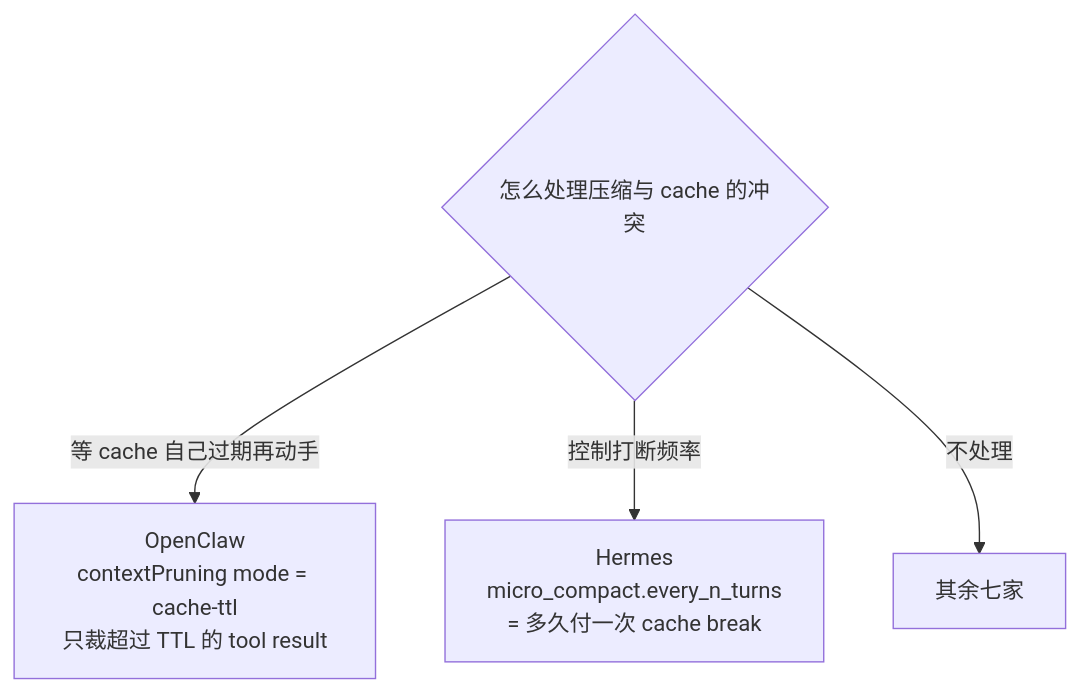
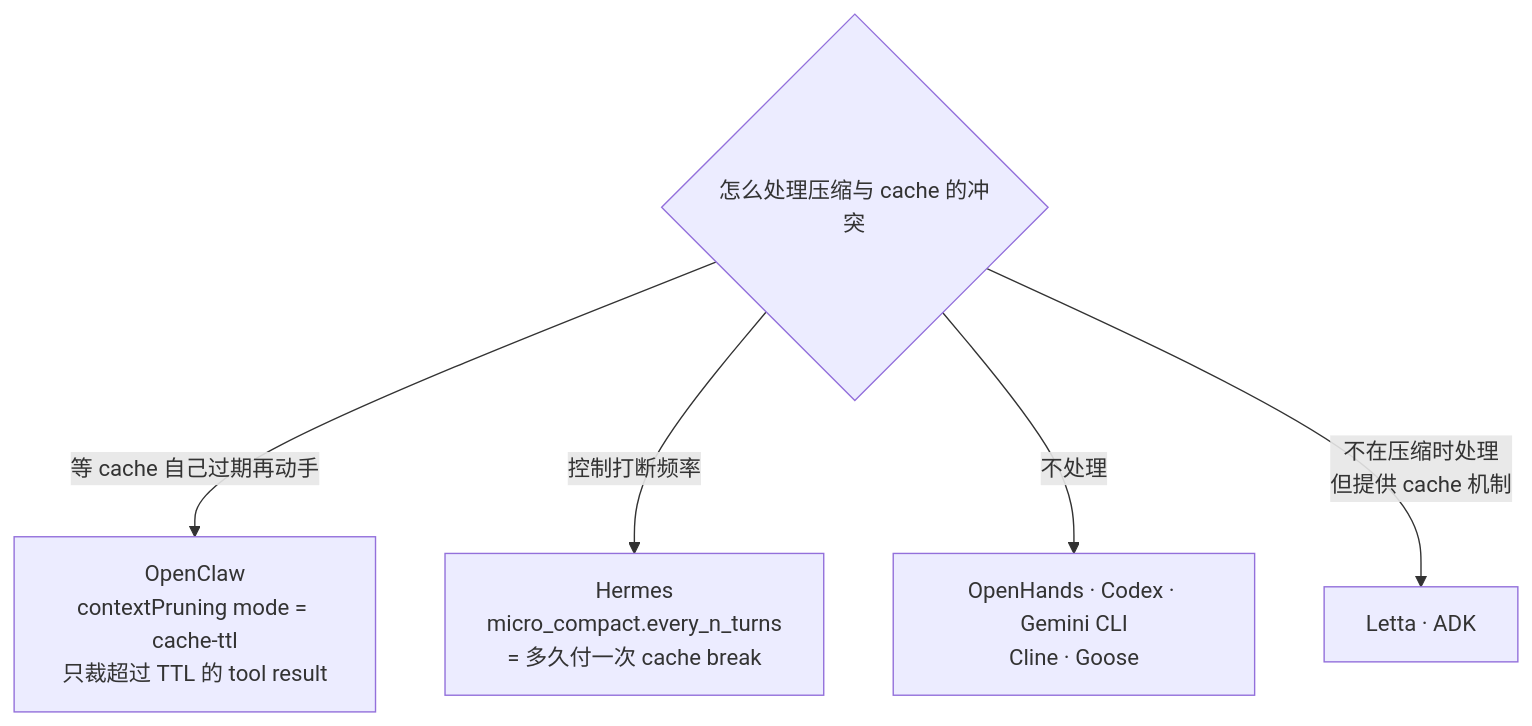
The fifth of 18 diagrams in agent-context-compression/Agent_Context_Compression_Research.md (caiboyang/ML-learning), drawn with Mermaid before and after one commit. The commit also changed other lines of this file and 1 other file, not shown here.

````diff
--- a/agent-context-compression/Agent_Context_Compression_Research.md
+++ b/agent-context-compression/Agent_Context_Compression_Research.md
@@ -254,7 +284,8 @@
 ```mermaid
 flowchart TD
     Q{"怎么处理压缩与 cache 的冲突"}
     Q -->|"等 cache 自己过期再动手"| A["OpenClaw<br/>contextPruning mode = cache-ttl<br/>只裁超过 TTL 的 tool result"]
     Q -->|"控制打断频率"| B["Hermes<br/>micro_compact.every_n_turns<br/>= 多久付一次 cache break"]
-    Q -->|"不处理"| C["其余七家"]
+    Q -->|"不处理"| C["OpenHands · Codex · Gemini CLI<br/>Cline · Goose"]
+    Q -->|"不在压缩时处理<br/>但提供 cache 机制"| D["Letta · ADK"]
 ```
````
